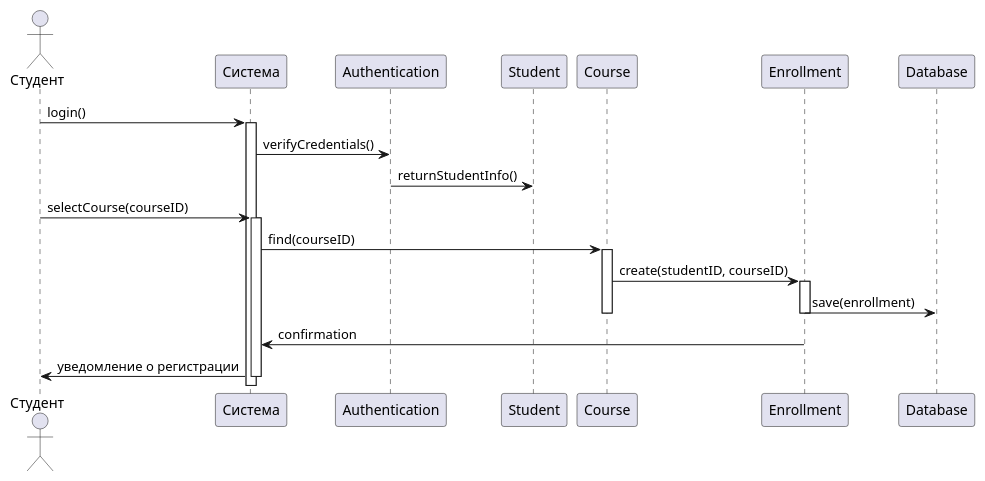
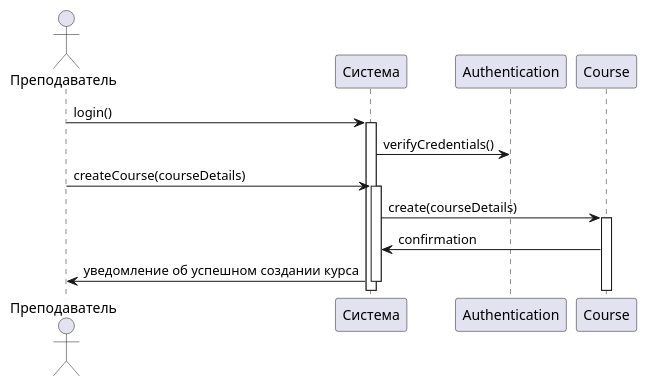
Before and after one commit to penamarth/bsbo-02-22_team4_var4: the diagram in Прецеденты/Регистрация нового курса через систему деканата/Диаграмма последовательности.md, drawn with PlantUML.

Commit message:
Update Диаграмма последовательности.md

````diff
--- a/Прецеденты/Регистрация нового курса через систему деканата/Диаграмма последовательности.md
+++ b/Прецеденты/Регистрация нового курса через систему деканата/Диаграмма последовательности.md
@@ -1,27 +1,21 @@
 ```plantuml
 @startuml
 
-actor Студент
+actor Преподаватель
 
-Студент -> Система : login()
+Преподаватель -> Система : login()
 activate Система
 Система -> Authentication : verifyCredentials()
-Authentication -> Student : returnStudentInfo()
 deactivate Authentication
 
-Студент -> Система : selectCourse(courseID)
+Преподаватель -> Система : createCourse(courseDetails)
 activate Система
-Система -> Course : find(courseID)
+Система -> Course : create(courseDetails)
 activate Course
-Course -> Enrollment : create(studentID, courseID)
-activate Enrollment
-Enrollment -> Database : save(enrollment)
-deactivate Enrollment
-deactivate Course
 
-Система <- Enrollment : confirmation
-Студент <- Система : уведомление о регистрации
+Система <- Course : confirmation
+Преподаватель <- Система : уведомление об успешном создании курса
 deactivate Система
 
 @enduml
 ```
````
